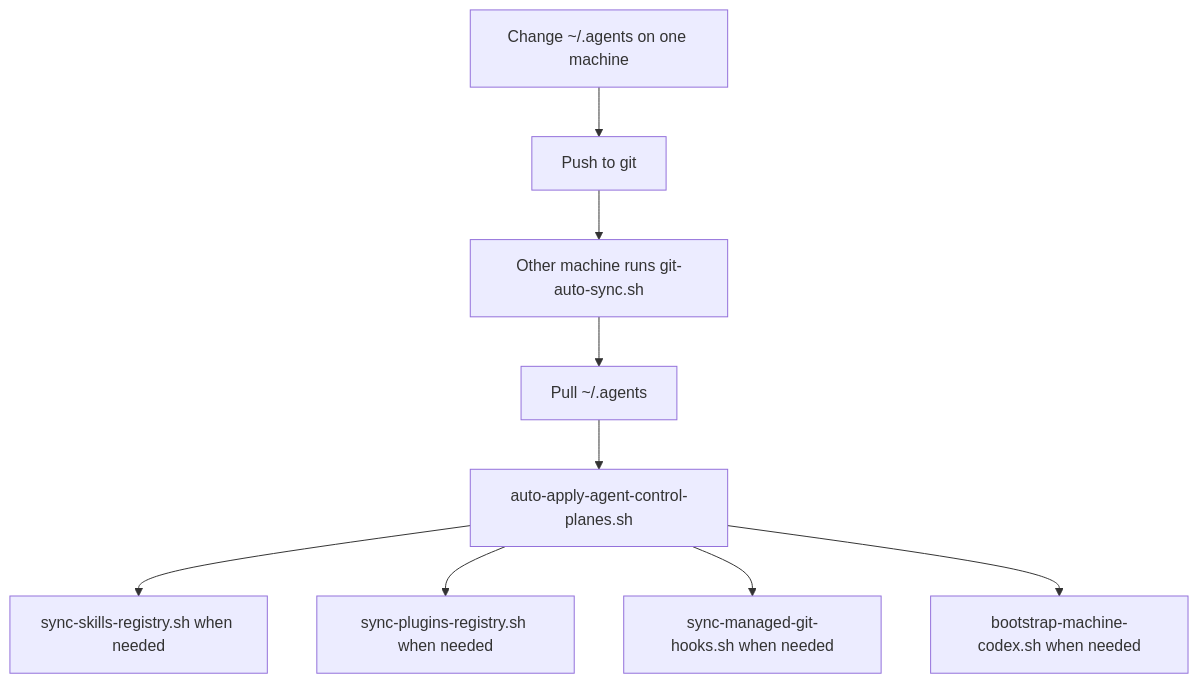
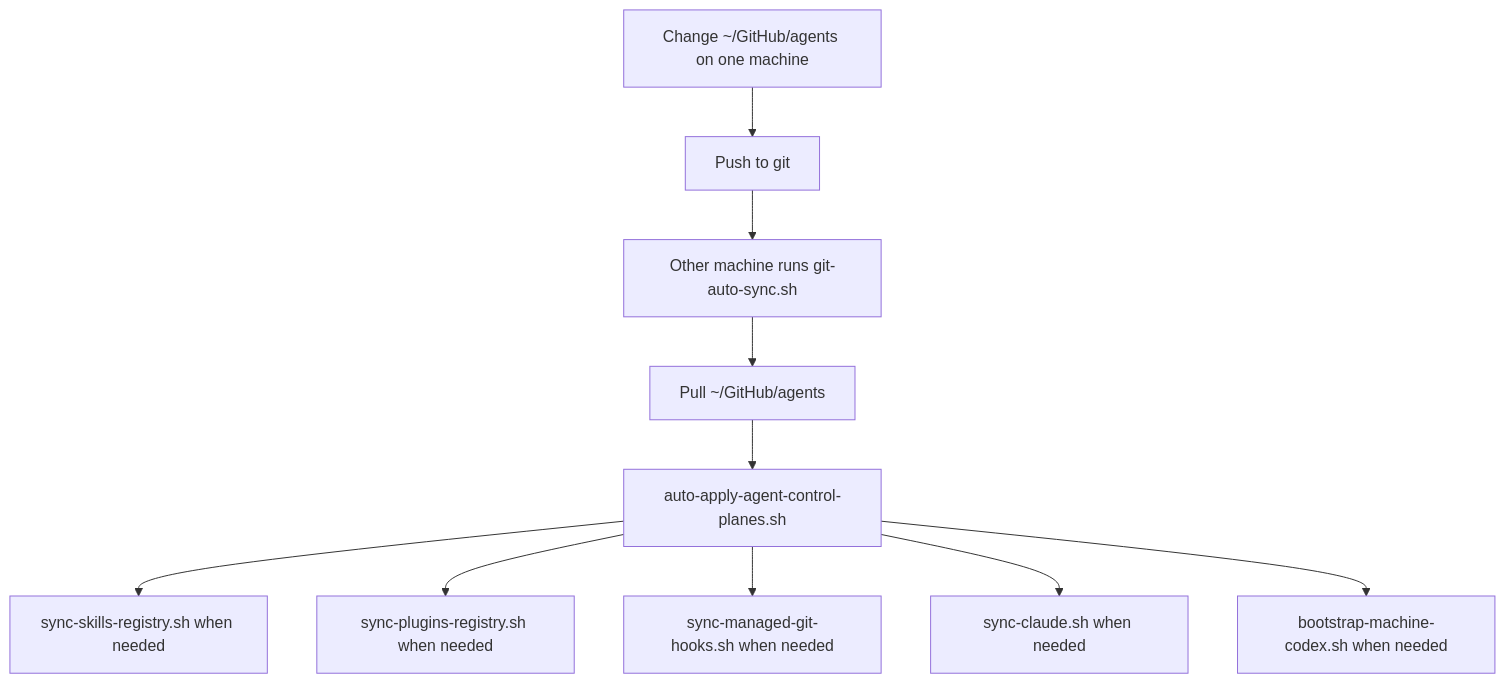
The diagram in docs/architecture/codex-sync-simple.md (wisdom-in-a-nutshell/.agents), drawn with Mermaid before and after one commit. The commit also changed other lines of this file and 109 other files, not shown here.

````diff
--- a/docs/architecture/codex-sync-simple.md
+++ b/docs/architecture/codex-sync-simple.md
@@ -12,11 +11,12 @@
 ```mermaid
 flowchart TD
-    A["Change ~/.agents on one machine"] --> B["Push to git"]
+    A["Change ~/GitHub/agents on one machine"] --> B["Push to git"]
     B --> C["Other machine runs git-auto-sync.sh"]
-    C --> D["Pull ~/.agents"]
+    C --> D["Pull ~/GitHub/agents"]
     D --> E["auto-apply-agent-control-planes.sh"]
     E --> F["sync-skills-registry.sh when needed"]
     E --> G["sync-plugins-registry.sh when needed"]
     E --> H["sync-managed-git-hooks.sh when needed"]
-    E --> I["bootstrap-machine-codex.sh when needed"]
+    E --> I["sync-claude.sh when needed"]
+    E --> J["bootstrap-machine-codex.sh when needed"]
 ```
````
